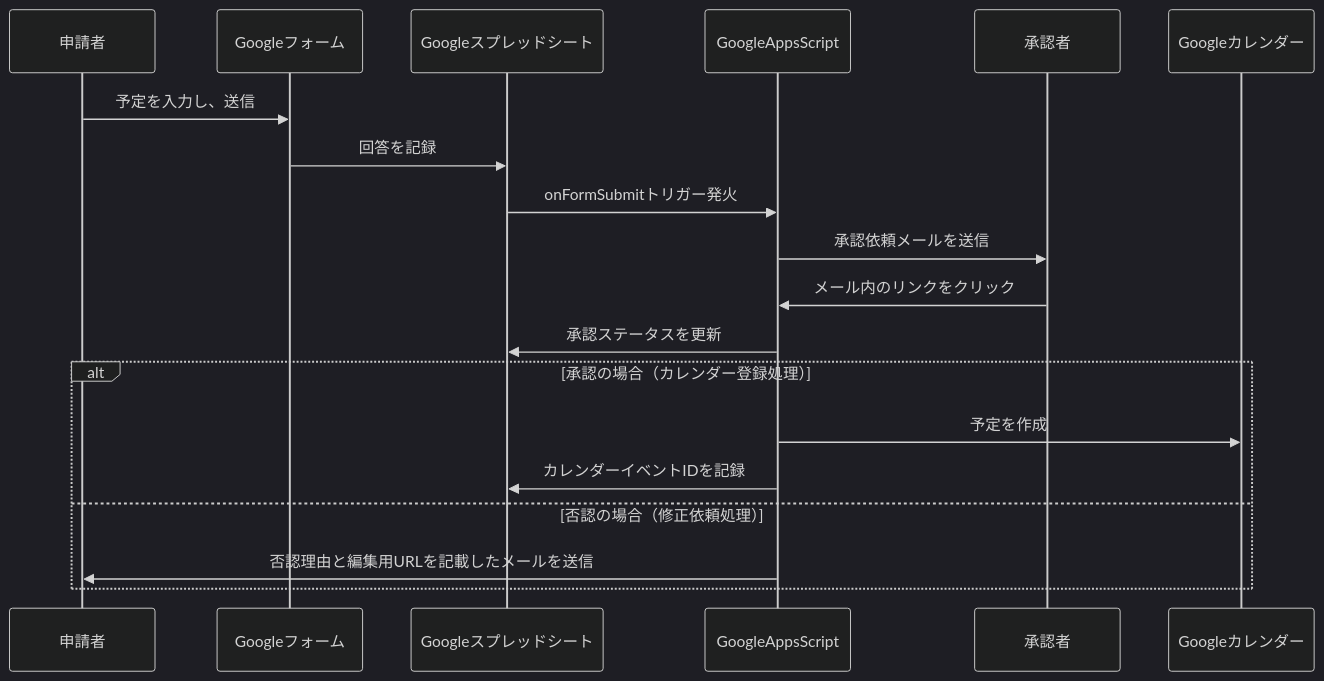
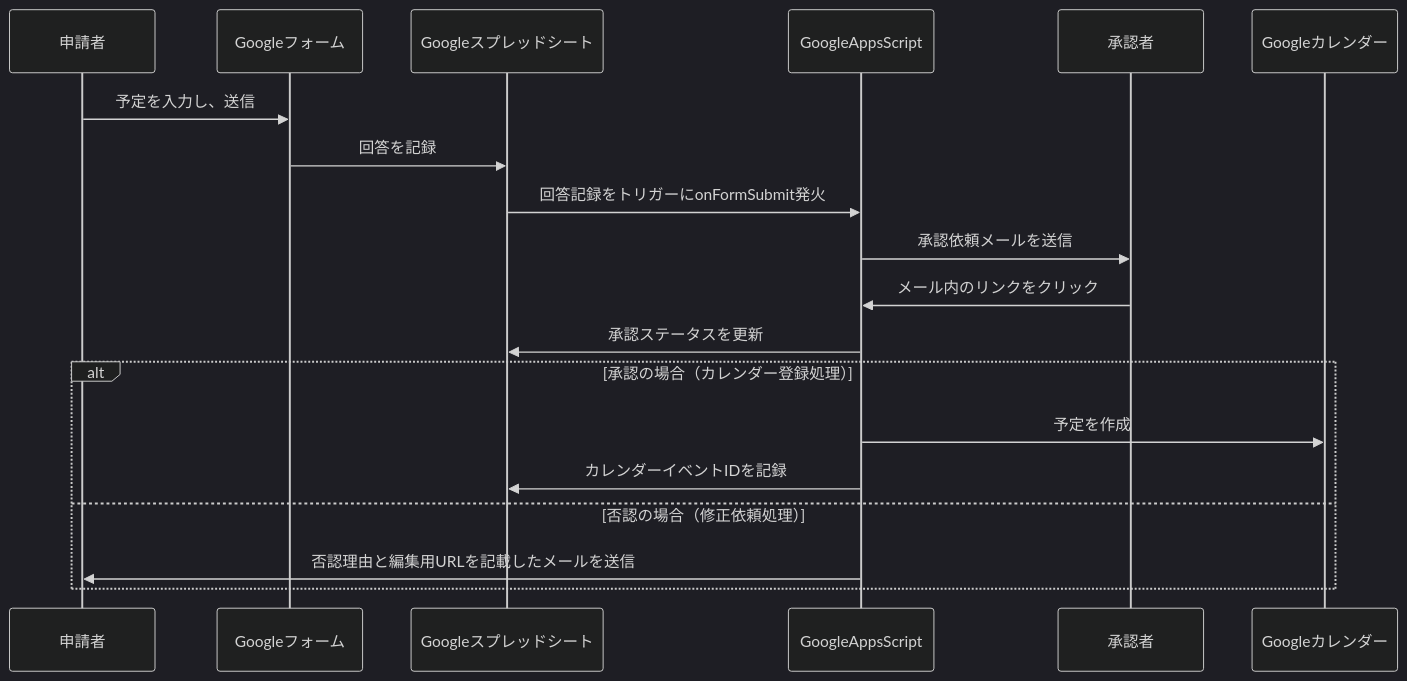
Before and after one commit to sion908/google-form-calendar-approval: the diagram in README.md, drawn with Mermaid (dark theme). The commit also changed other lines of this file and 7 other files, not shown here.

````diff
--- a/README.md
+++ b/README.md
@@ -19,22 +19,22 @@
 ```mermaid
 sequenceDiagram
     participant 申請者
     participant Googleフォーム
     participant Googleスプレッドシート
     participant GoogleAppsScript
     participant 承認者
     participant Googleカレンダー
 
     申請者->>Googleフォーム: 予定を入力し、送信
     Googleフォーム->>Googleスプレッドシート: 回答を記録
-    Googleスプレッドシート->>GoogleAppsScript: onFormSubmitトリガー発火
+    Googleスプレッドシート->>GoogleAppsScript: 回答記録をトリガーにonFormSubmit発火
     GoogleAppsScript->>承認者: 承認依頼メールを送信
     承認者->>GoogleAppsScript: メール内のリンクをクリック
     GoogleAppsScript->>Googleスプレッドシート: 承認ステータスを更新
     alt 承認の場合（カレンダー登録処理）
         GoogleAppsScript->>Googleカレンダー: 予定を作成
         GoogleAppsScript->>Googleスプレッドシート: カレンダーイベントIDを記録
     else 否認の場合（修正依頼処理）
         GoogleAppsScript->>申請者: 否認理由と編集用URLを記載したメールを送信
     end
 ```
````
